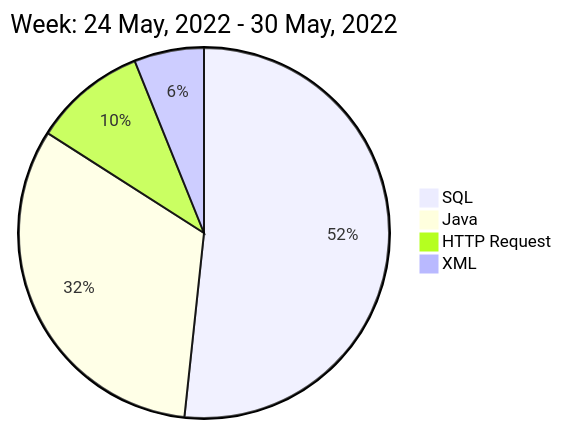
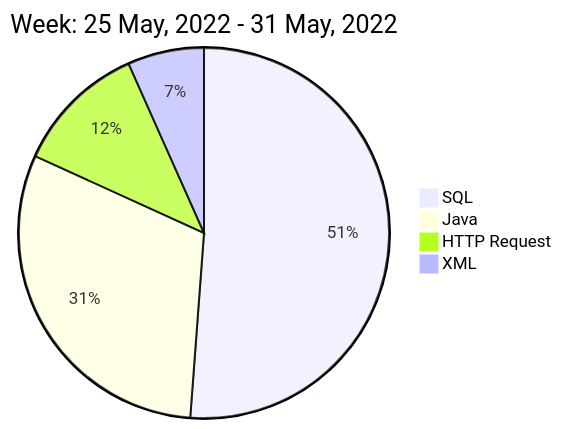
The diagram in README.md (liubin95/liubin95), drawn with Mermaid before and after one commit.

Commit message:
Updated the Graph with new Metrics

````diff
--- a/README.md
+++ b/README.md
@@ -40,8 +40,8 @@
 ```mermaid
  pie
-title Week: 24 May, 2022 - 30 May, 2022
- "SQL" : 11.02
- "Java" : 6.9
- "HTTP Request" : 2.1
- "XML" : 1.3
+title Week: 25 May, 2022 - 31 May, 2022
+ "SQL" : 12.12
+ "Java" : 7.25
+ "HTTP Request" : 2.73
+ "XML" : 1.58
 ```
````
